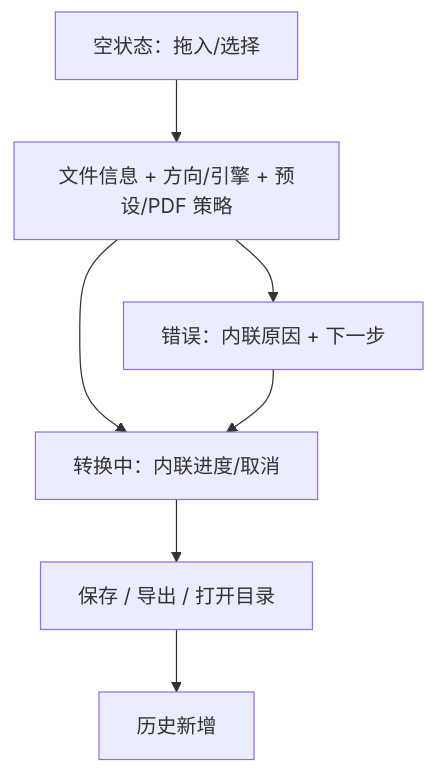
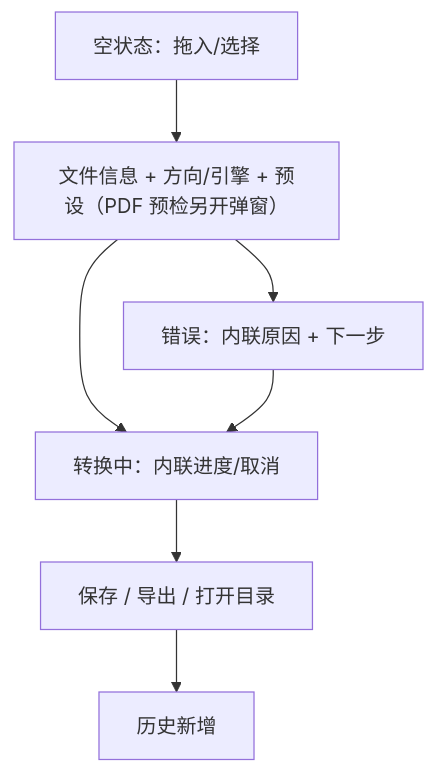
The ninth of 21 diagrams in docs/superpowers/软件功能设计说明.md (987763485/ManoDoc), drawn with Mermaid before and after one commit. The commit also changed other lines of this file and 5 other files, not shown here.

````diff
--- a/docs/superpowers/软件功能设计说明.md
+++ b/docs/superpowers/软件功能设计说明.md
@@ -373,9 +373,9 @@
 ```mermaid
 flowchart TD
-  A["空状态：拖入/选择"] --> B["文件信息 + 方向/引擎 + 预设/PDF 策略"]
+  A["空状态：拖入/选择"] --> B["文件信息 + 方向/引擎 + 预设（PDF 预检另开弹窗）"]
   B --> C["转换中：内联进度/取消"]
   B --> X["错误：内联原因 + 下一步"]
   C --> E["保存 / 导出 / 打开目录"]
   X --> C
   E --> G["历史新增"]
 ```
````
